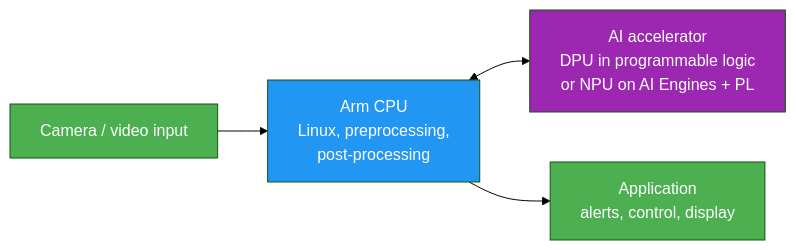
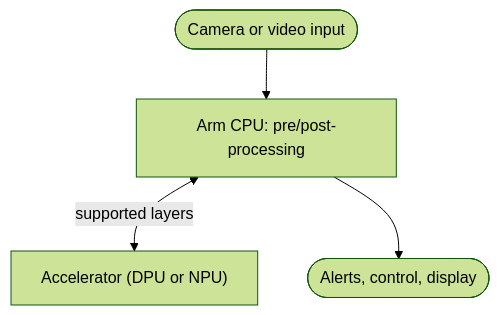
Before and after one commit to ultralytics/ultralytics: the first of 4 diagrams in docs/en/integrations/xilinx.md, drawn with Mermaid (forest theme). The commit also changed other lines of this file and 20 other files, not shown here.

First line of the commit message:
Migrate docs Mermaid diagrams to the unified design system

````diff
--- a/docs/en/integrations/xilinx.md
+++ b/docs/en/integrations/xilinx.md
@@ -82,10 +82,6 @@
 ```mermaid
-graph LR
-    A[Camera / video input]:::start --> B[Arm CPU<br>Linux, preprocessing,<br>post-processing]:::proc
-    B <--> C[AI accelerator<br>DPU in programmable logic<br>or NPU on AI Engines + PL]:::out
-    B --> D[Application<br>alerts, control, display]:::start
-
-    classDef start fill:#4CAF50,color:#fff
-    classDef proc fill:#2196F3,color:#fff
-    classDef out fill:#9C27B0,color:#fff
+flowchart TD
+    A([Camera or video input]) --> B["Arm CPU: pre/post-processing"]
+    B <-->|supported layers| C["Accelerator (DPU or NPU)"]
+    B --> D(["Alerts, control, display"])
 ```
````
